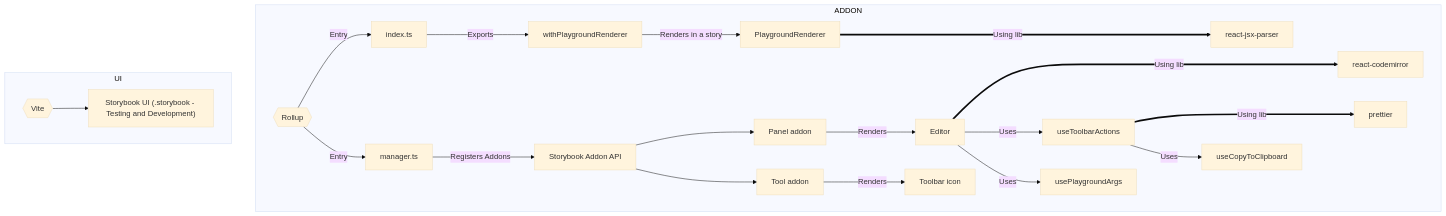
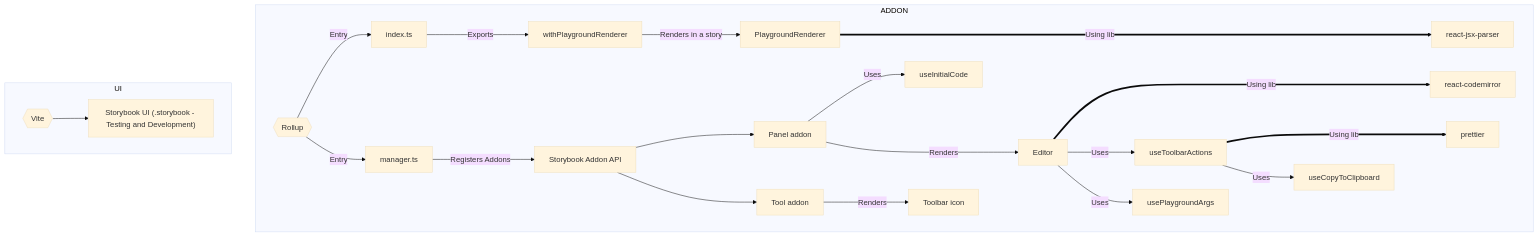
Before and after one commit to mondaycom/storybook-addon-playground: the diagram in README.md, drawn with Mermaid (base theme). The commit also changed 3 other files, not shown here.

Commit message:
feat: update the editor content on initial load according to introCode from addon's parameters

````diff
--- a/README.md
+++ b/README.md
@@ -86,56 +86,57 @@
 ```mermaid
 graph TD;
     subgraph ADDON
     A{{Rollup}}
     B[index.ts]
     C[manager.ts]
 
     D[Panel addon]
     E[Tool addon]
 
     F[withPlaygroundRenderer]
     G[PlaygroundRenderer]
     H[react-jsx-parser]
 
     I[Editor]
     J[useCopyToClipboard]
     K[usePlaygroundArgs]
+    Q[useInitialCode]
     L[useToolbarActions]
     M[prettier]
     N[react-codemirror]
 
     O[Toolbar icon]
 
     P[Storybook Addon API]
 
     A -->|Entry| B
     A -->|Entry| C
 
     B -->|Exports| F
 
     P --> D
     P --> E
 
     E -->|Renders| O
 
     C -->|Registers Addons| P
 
     F -->|Renders in a story| G
-    G ====>|Using lib| H
+    G ======>|Using lib| H
 
-
-    D -->|Renders| I
+    D -->|Uses| Q
+    D --->|Renders| I
     I ====>|Using lib| N
     I -->|Uses| L
     I -->|Uses| K
 
     L ===>|Using lib| M
     L -->|Uses| J
     end
 
     subgraph UI
     X{{Vite}}
     Z["Storybook UI (.storybook - Testing and Development)"]
     X --> Z
     end
 ```
````
